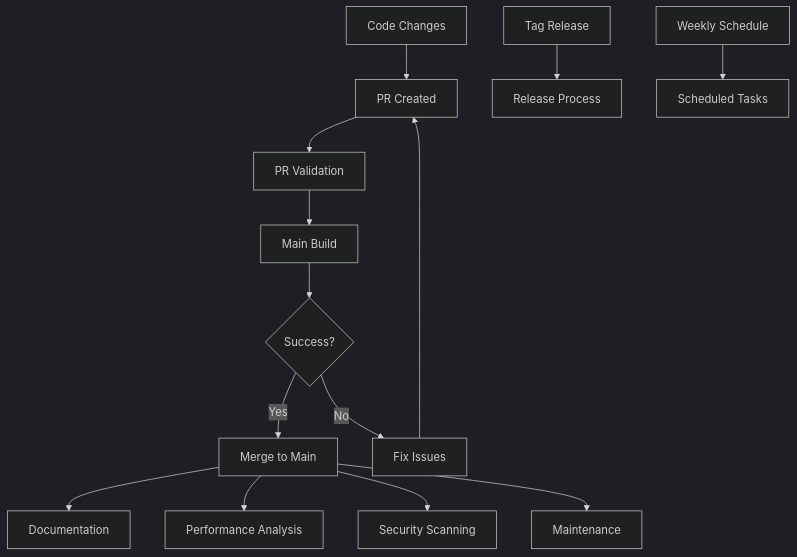
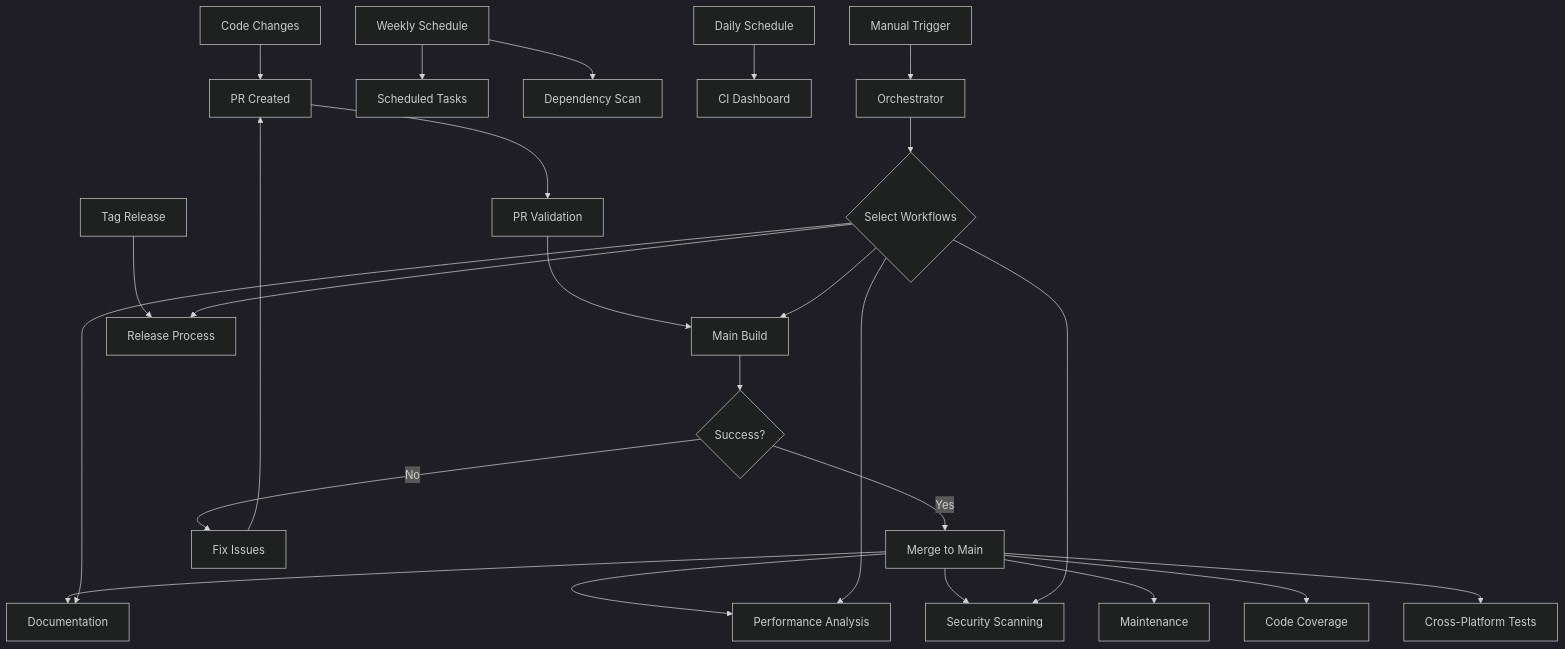
Before and after one commit to SZim92/hdr-plus-swift: the diagram in .github/workflows/README.md, drawn with Mermaid (dark theme). The commit also changed other lines of this file and 8 other files, not shown here.

````diff
--- a/.github/workflows/README.md
+++ b/.github/workflows/README.md
@@ -64,16 +102,27 @@
 ```mermaid
 graph TD
     A[Code Changes] --> B[PR Created]
     B --> C[PR Validation]
     C --> D[Main Build]
     D --> E{Success?}
     E -->|Yes| F[Merge to Main]
     E -->|No| G[Fix Issues]
     G --> B
     F --> H[Documentation]
     F --> I[Performance Analysis]
     F --> J[Security Scanning]
     F --> K[Maintenance]
-    L[Tag Release] --> M[Release Process]
-    N[Weekly Schedule] --> O[Scheduled Tasks]
+    F --> L[Code Coverage]
+    F --> M[Cross-Platform Tests]
+    N[Tag Release] --> O[Release Process]
+    P[Weekly Schedule] --> Q[Scheduled Tasks]
+    P --> R[Dependency Scan]
+    S[Daily Schedule] --> T[CI Dashboard]
+    U[Manual Trigger] --> V[Orchestrator]
+    V --> W{Select Workflows}
+    W --> D
+    W --> J
+    W --> I
+    W --> H
+    W --> O
 ``` 
````
